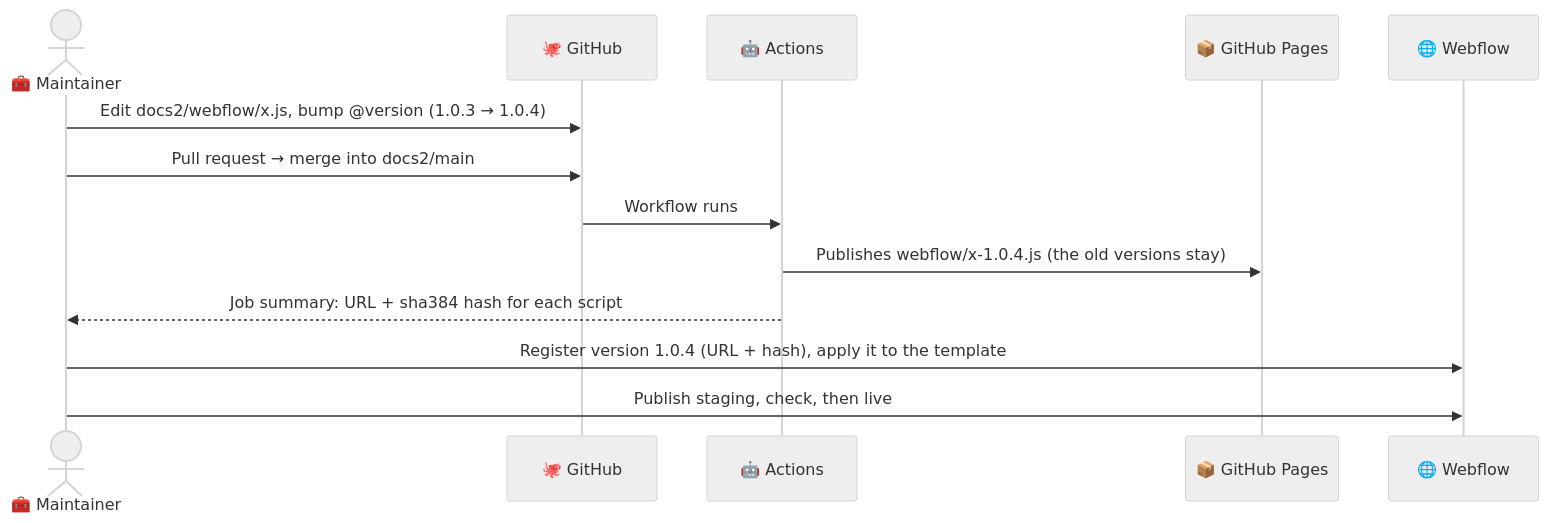
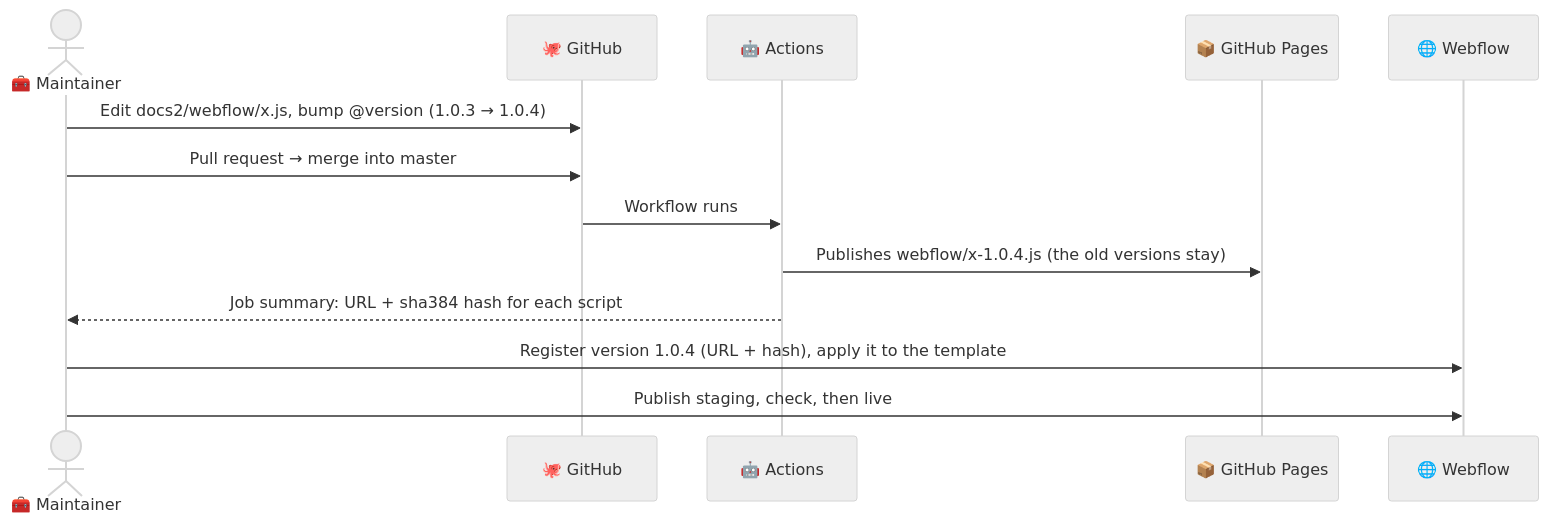
One commit to Bforartists/Manual changed the diagram in docs2/dev-docs/Site-Scripts.md. Above: the diagram before and after it, drawn with Mermaid (neutral theme). The commit also changed 18 other files, not shown here.

````diff
--- a/docs2/dev-docs/Site-Scripts.md
+++ b/docs2/dev-docs/Site-Scripts.md
@@ -22,15 +22,15 @@
 ```mermaid
 sequenceDiagram
   actor M as 🧰 Maintainer
   participant G as 🐙 GitHub
   participant A as 🤖 Actions
   participant P as 📦 GitHub Pages
   participant W as 🌐 Webflow
   M->>G: Edit docs2/webflow/x.js, bump @version (1.0.3 → 1.0.4)
-  M->>G: Pull request → merge into docs2/main
+  M->>G: Pull request → merge into master
   G->>A: Workflow runs
   A->>P: Publishes webflow/x-1.0.4.js (the old versions stay)
   A-->>M: Job summary: URL + sha384 hash for each script
   M->>W: Register version 1.0.4 (URL + hash), apply it to the template
   M->>W: Publish staging, check, then live
 ```
````
